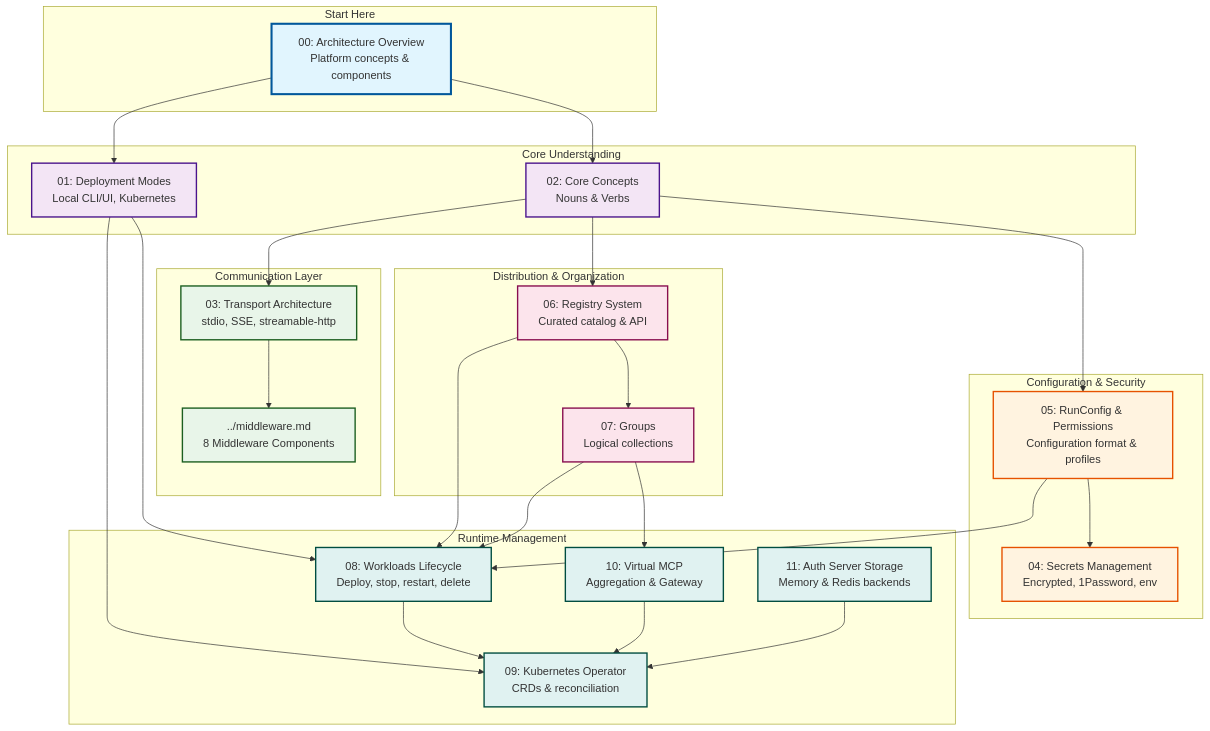
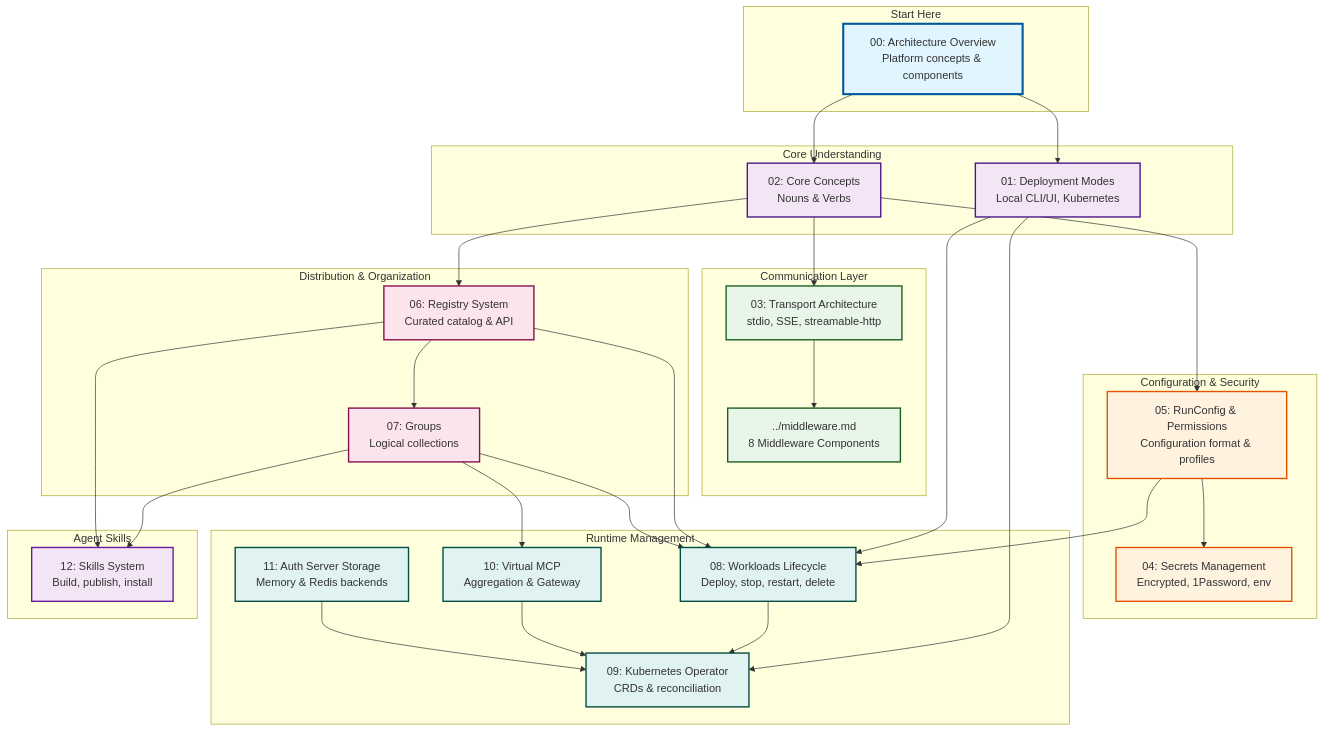
One commit to stacklok/toolhive changed the diagram in docs/arch/README.md. Above: the diagram before and after it, drawn with Mermaid. The commit also changed other lines of this file and 4 other files, not shown here.

First line of the commit message:
Add skills system architecture documentation (#4758)

````diff
--- a/docs/arch/README.md
+++ b/docs/arch/README.md
@@ -98,74 +106,82 @@
 ```mermaid
 graph TB
     subgraph "Start Here"
         Overview[00: Architecture Overview<br/>Platform concepts & components]
     end
 
     subgraph "Core Understanding"
         Concepts[02: Core Concepts<br/>Nouns & Verbs]
         Deployment[01: Deployment Modes<br/>Local CLI/UI, Kubernetes]
     end
 
     subgraph "Communication Layer"
         Transport[03: Transport Architecture<br/>stdio, SSE, streamable-http]
         Middleware[../middleware.md<br/>8 Middleware Components]
     end
 
     subgraph "Configuration & Security"
         RunConfig[05: RunConfig & Permissions<br/>Configuration format & profiles]
         Secrets[04: Secrets Management<br/>Encrypted, 1Password, env]
     end
 
     subgraph "Distribution & Organization"
         Registry[06: Registry System<br/>Curated catalog & API]
         Groups[07: Groups<br/>Logical collections]
     end
 
     subgraph "Runtime Management"
         Workloads[08: Workloads Lifecycle<br/>Deploy, stop, restart, delete]
         Operator[09: Kubernetes Operator<br/>CRDs & reconciliation]
         vMCP[10: Virtual MCP<br/>Aggregation & Gateway]
         AuthStorage[11: Auth Server Storage<br/>Memory & Redis backends]
     end
 
+    subgraph "Agent Skills"
+        Skills[12: Skills System<br/>Build, publish, install]
+    end
+
     %% Navigation paths
     Overview --> Concepts
     Overview --> Deployment
 
     Concepts --> Transport
     Concepts --> RunConfig
     Concepts --> Registry
 
     Deployment --> Operator
     Deployment --> Workloads
 
     Transport --> Middleware
 
     RunConfig --> Secrets
     RunConfig --> Workloads
 
     Registry --> Groups
     Registry --> Workloads
 
     Groups --> Workloads
     Groups --> vMCP
+    Groups --> Skills
+
+    Registry --> Skills
 
     Workloads --> Operator
     vMCP --> Operator
     AuthStorage --> Operator
 
     %% Styling
     style Overview fill:#e1f5fe,stroke:#01579b,stroke-width:3px
     style Concepts fill:#f3e5f5,stroke:#4a148c,stroke-width:2px
     style Deployment fill:#f3e5f5,stroke:#4a148c,stroke-width:2px
     style Transport fill:#e8f5e9,stroke:#1b5e20,stroke-width:2px
     style Middleware fill:#e8f5e9,stroke:#1b5e20,stroke-width:2px
     style RunConfig fill:#fff3e0,stroke:#e65100,stroke-width:2px
     style Secrets fill:#fff3e0,stroke:#e65100,stroke-width:2px
     style Registry fill:#fce4ec,stroke:#880e4f,stroke-width:2px
     style Groups fill:#fce4ec,stroke:#880e4f,stroke-width:2px
     style Workloads fill:#e0f2f1,stroke:#004d40,stroke-width:2px
     style Operator fill:#e0f2f1,stroke:#004d40,stroke-width:2px
     style vMCP fill:#e0f2f1,stroke:#004d40,stroke-width:2px
     style AuthStorage fill:#e0f2f1,stroke:#004d40,stroke-width:2px
+    style Skills fill:#f3e5f5,stroke:#6a1b9a,stroke-width:2px
 ```
````
